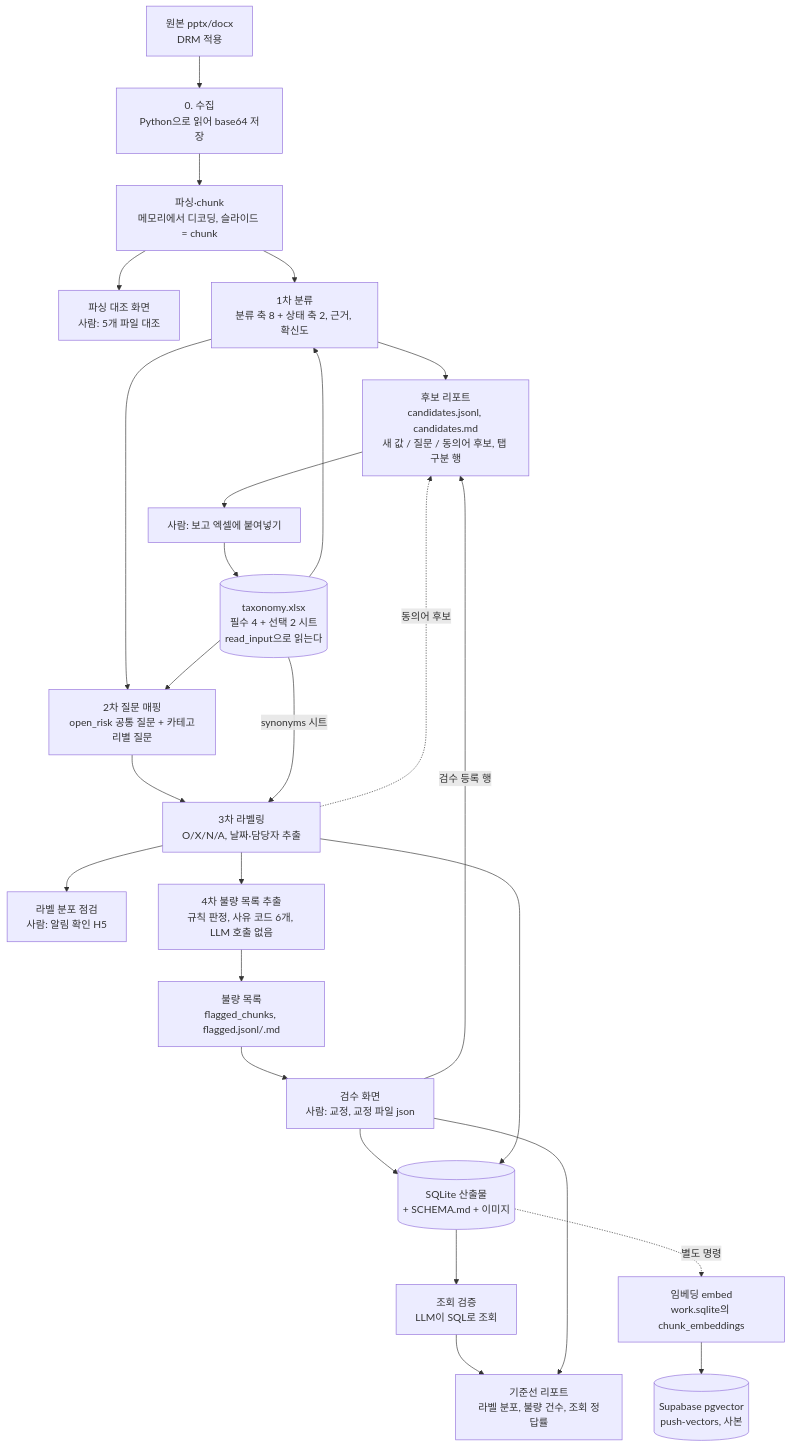
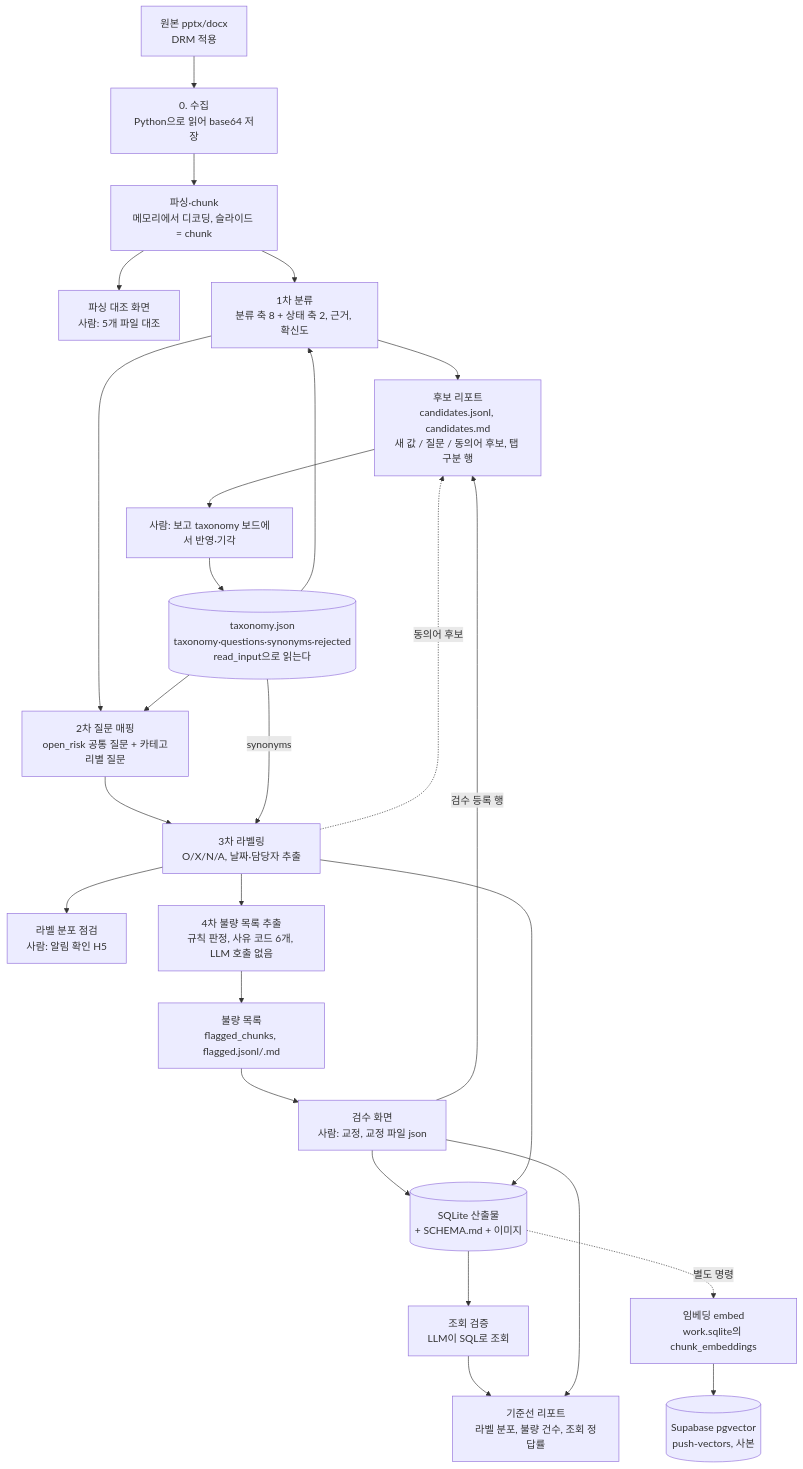
Before and after one commit to Robonge/BEOL-Datalabeling: the first of 2 diagrams in PRD.md, drawn with Mermaid. The commit also changed other lines of this file and 384 other files, not shown here.

````diff
--- a/PRD.md
+++ b/PRD.md
@@ -86,28 +86,28 @@
 ```mermaid
 flowchart TD
     RAW[원본 pptx/docx<br/>DRM 적용] --> S0[0. 수집<br/>Python으로 읽어 base64 저장]
     S0 --> P[파싱·chunk<br/>메모리에서 디코딩, 슬라이드 = chunk]
     P --> CMP[파싱 대조 화면<br/>사람: 5개 파일 대조]
     P --> S1[1차 분류<br/>분류 축 8 + 상태 축 2, 근거, 확신도]
-    TAX[(taxonomy.xlsx<br/>필수 4 + 선택 2 시트<br/>read_input으로 읽는다)] --> S1
+    TAX[(taxonomy.json<br/>taxonomy·questions·synonyms·rejected<br/>read_input으로 읽는다)] --> S1
     S1 --> CAND[후보 리포트<br/>candidates.jsonl, candidates.md<br/>새 값 / 질문 / 동의어 후보, 탭 구분 행]
-    CAND --> HUM[사람: 보고 엑셀에 붙여넣기]
+    CAND --> HUM[사람: 보고 taxonomy 보드에서 반영·기각]
     HUM --> TAX
     S1 --> S2[2차 질문 매핑<br/>open_risk 공통 질문 + 카테고리별 질문]
     TAX --> S2
     S2 --> S3[3차 라벨링<br/>O/X/N/A, 날짜·담당자 추출]
-    TAX -->|synonyms 시트| S3
+    TAX -->|synonyms| S3
     S3 -.->|동의어 후보| CAND
     S3 --> AL[라벨 분포 점검<br/>사람: 알림 확인 H5]
     S3 --> S4[4차 불량 목록 추출<br/>규칙 판정, 사유 코드 6개, LLM 호출 없음]
     S4 --> FL[불량 목록<br/>flagged_chunks, flagged.jsonl/.md]
     FL --> REV[검수 화면<br/>사람: 교정, 교정 파일 json]
     REV -->|검수 등록 행| CAND
     REV --> DB[(SQLite 산출물<br/>+ SCHEMA.md + 이미지)]
     S3 --> DB
     DB --> QC[조회 검증<br/>LLM이 SQL로 조회]
     QC --> RPT[기준선 리포트<br/>라벨 분포, 불량 건수, 조회 정답률]
     REV --> RPT
     DB -.->|별도 명령| EMB[임베딩 embed<br/>work.sqlite의 chunk_embeddings]
     EMB --> VEC[(Supabase pgvector<br/>push-vectors, 사본)]
 ```
````
